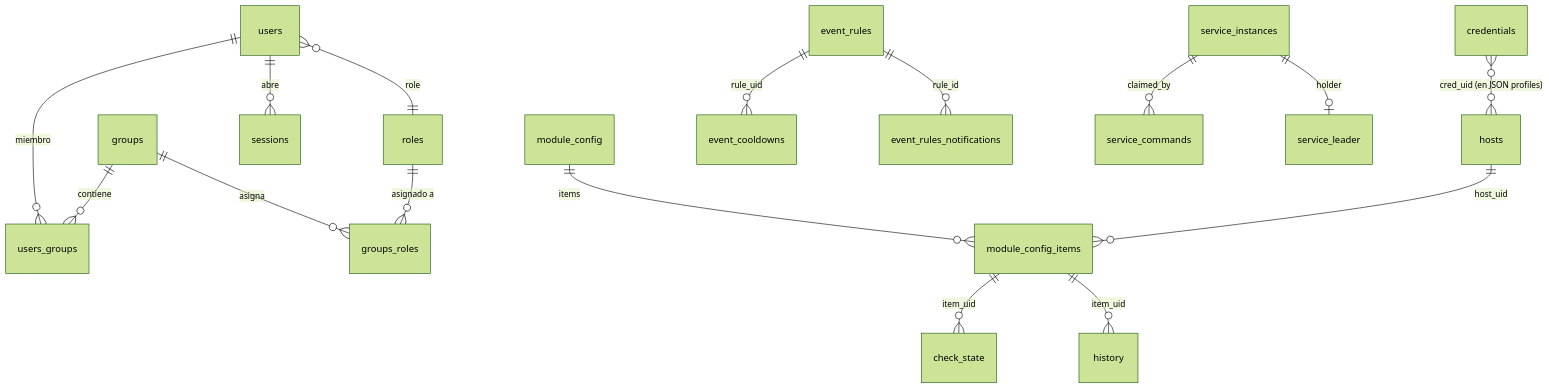
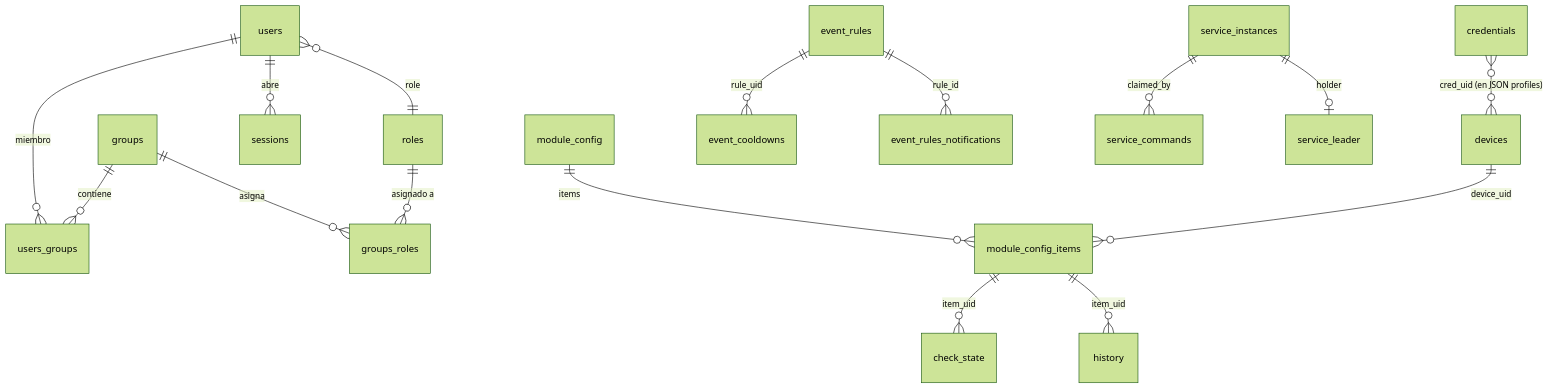
Before and after one commit to vsc55/ServiceSentry: the diagram in docs/ref-esquema-bd.md, drawn with Mermaid (forest theme). The commit also changed other lines of this file and 314 other files, not shown here.

````diff
--- a/docs/ref-esquema-bd.md
+++ b/docs/ref-esquema-bd.md
@@ -68,18 +68,18 @@
 ```mermaid
 erDiagram
     users ||--o{ users_groups : "miembro"
     groups ||--o{ users_groups : "contiene"
     groups ||--o{ groups_roles : "asigna"
     roles ||--o{ groups_roles : "asignado a"
     users ||--o{ sessions : "abre"
     users }o--|| roles : "role"
     module_config ||--o{ module_config_items : "items"
-    hosts ||--o{ module_config_items : "host_uid"
-    credentials }o--o{ hosts : "cred_uid (en JSON profiles)"
+    devices ||--o{ module_config_items : "device_uid"
+    credentials }o--o{ devices : "cred_uid (en JSON profiles)"
     module_config_items ||--o{ check_state : "item_uid"
     module_config_items ||--o{ history : "item_uid"
     event_rules ||--o{ event_cooldowns : "rule_uid"
     event_rules ||--o{ event_rules_notifications : "rule_id"
     service_instances ||--o{ service_commands : "claimed_by"
     service_instances ||--o| service_leader : "holder"
 ```
````
